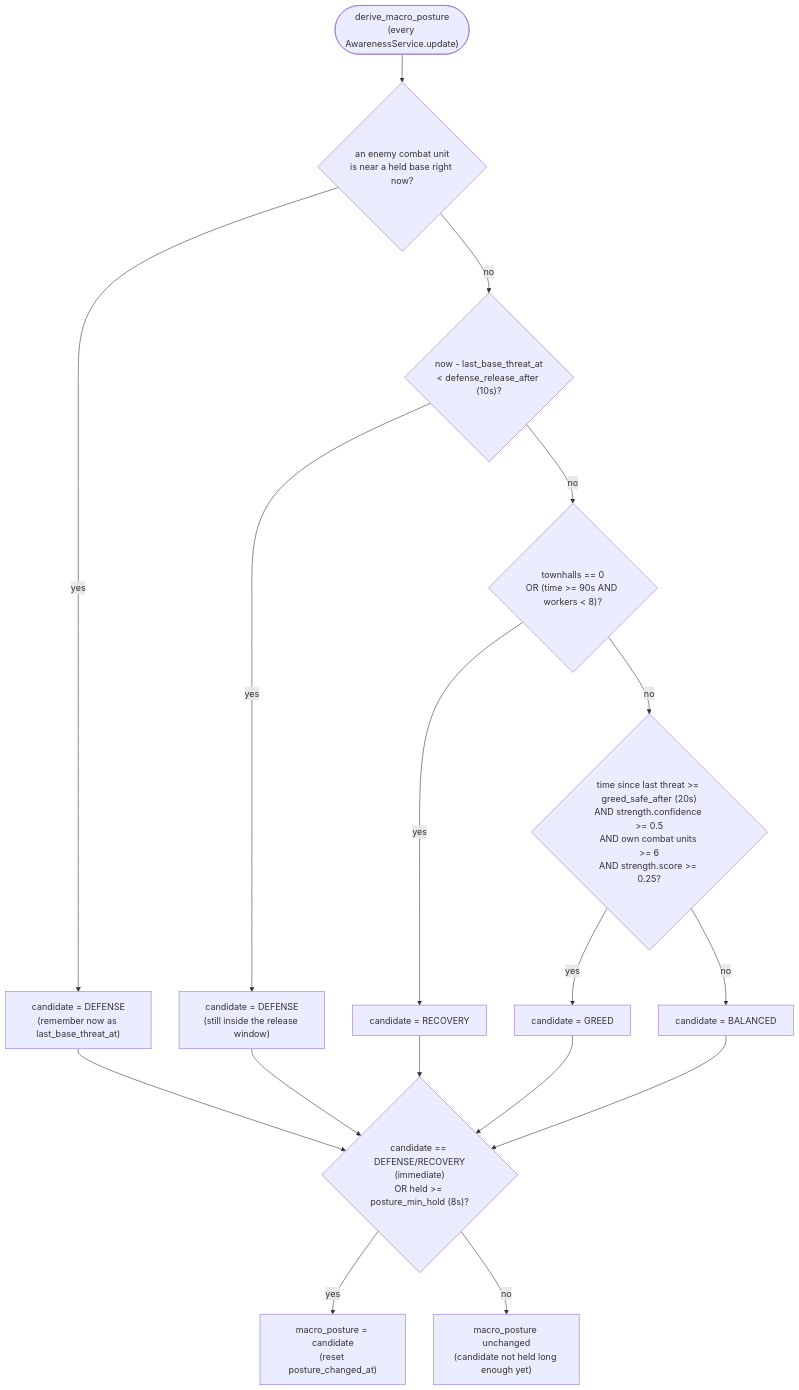
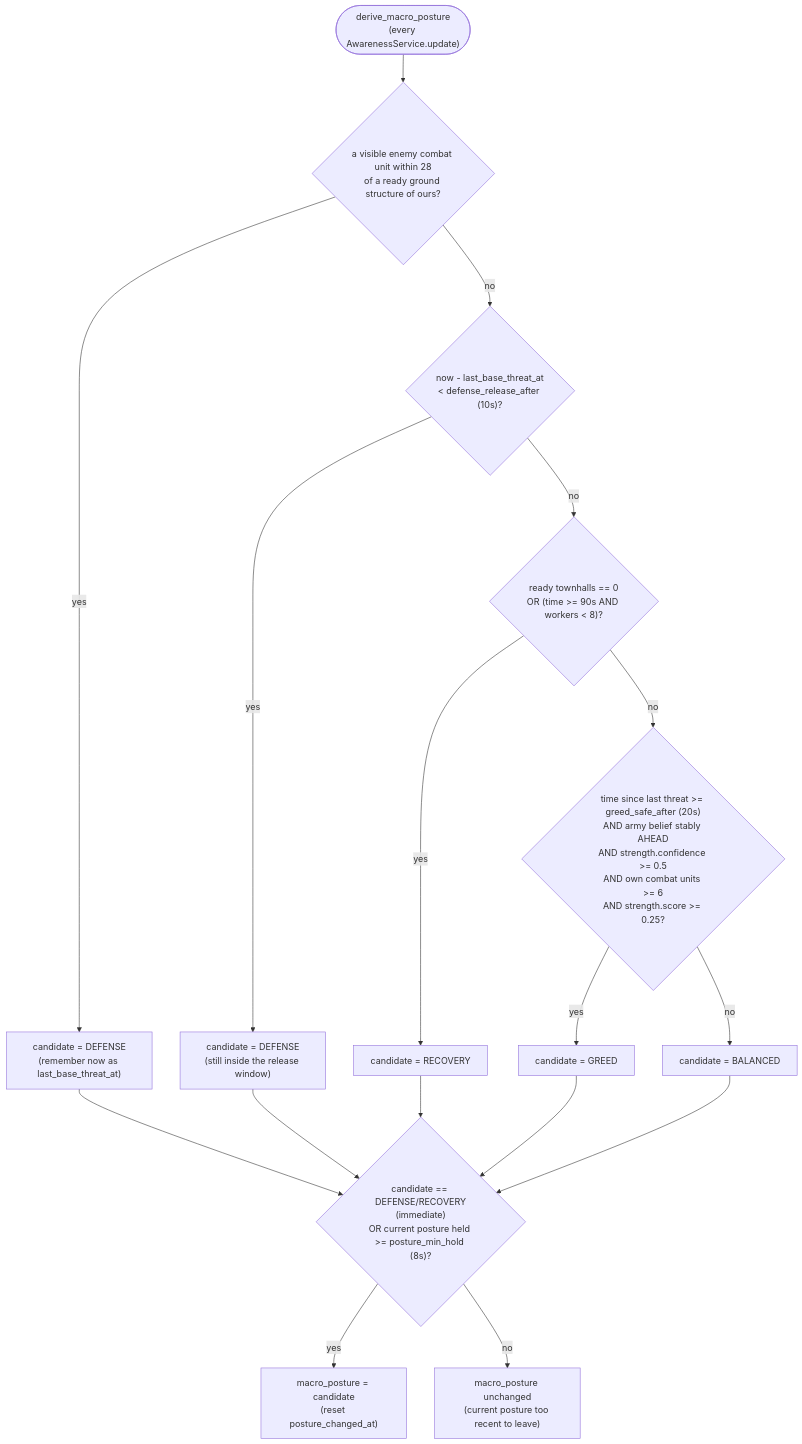
Before and after one commit to LeonardoSilvestrin/sc2bot: the second of 3 diagrams in _botdev/architecture/macro-planner.md, drawn with Mermaid. The commit also changed other lines of this file and 23 other files, not shown here.

````diff
--- a/_botdev/architecture/macro-planner.md
+++ b/_botdev/architecture/macro-planner.md
@@ -148,16 +197,16 @@
 ```mermaid
 flowchart TD
-    Start(["derive_macro_posture\n(every AwarenessService.update)"]) --> Nearby{"an enemy combat unit\nis near a held base right now?"}
+    Start(["derive_macro_posture\n(every AwarenessService.update)"]) --> Nearby{"a visible enemy combat unit within 28\nof a ready ground structure of ours?"}
     Nearby -->|yes| CandD["candidate = DEFENSE\n(remember now as last_base_threat_at)"]
     Nearby -->|no| Recent{"now - last_base_threat_at\n< defense_release_after (10s)?"}
     Recent -->|yes| CandD2["candidate = DEFENSE\n(still inside the release window)"]
-    Recent -->|no| NoBase{"townhalls == 0\nOR (time >= 90s AND workers < 8)?"}
+    Recent -->|no| NoBase{"ready townhalls == 0\nOR (time >= 90s AND workers < 8)?"}
     NoBase -->|yes| CandR["candidate = RECOVERY"]
-    NoBase -->|no| Safe{"time since last threat >= greed_safe_after (20s)\nAND strength.confidence >= 0.5\nAND own combat units >= 6\nAND strength.score >= 0.25?"}
+    NoBase -->|no| Safe{"time since last threat >= greed_safe_after (20s)\nAND army belief stably AHEAD\nAND strength.confidence >= 0.5\nAND own combat units >= 6\nAND strength.score >= 0.25?"}
     Safe -->|yes| CandG["candidate = GREED"]
     Safe -->|no| CandB["candidate = BALANCED"]
 
-    CandD & CandD2 & CandR & CandG & CandB --> Hold{"candidate == DEFENSE/RECOVERY\n(immediate)\nOR held >= posture_min_hold (8s)?"}
+    CandD & CandD2 & CandR & CandG & CandB --> Hold{"candidate == DEFENSE/RECOVERY\n(immediate)\nOR current posture held >= posture_min_hold (8s)?"}
     Hold -->|yes| Switch["macro_posture = candidate\n(reset posture_changed_at)"]
-    Hold -->|no| Keep["macro_posture unchanged\n(candidate not held long enough yet)"]
+    Hold -->|no| Keep["macro_posture unchanged\n(current posture too recent to leave)"]
 ```
````
